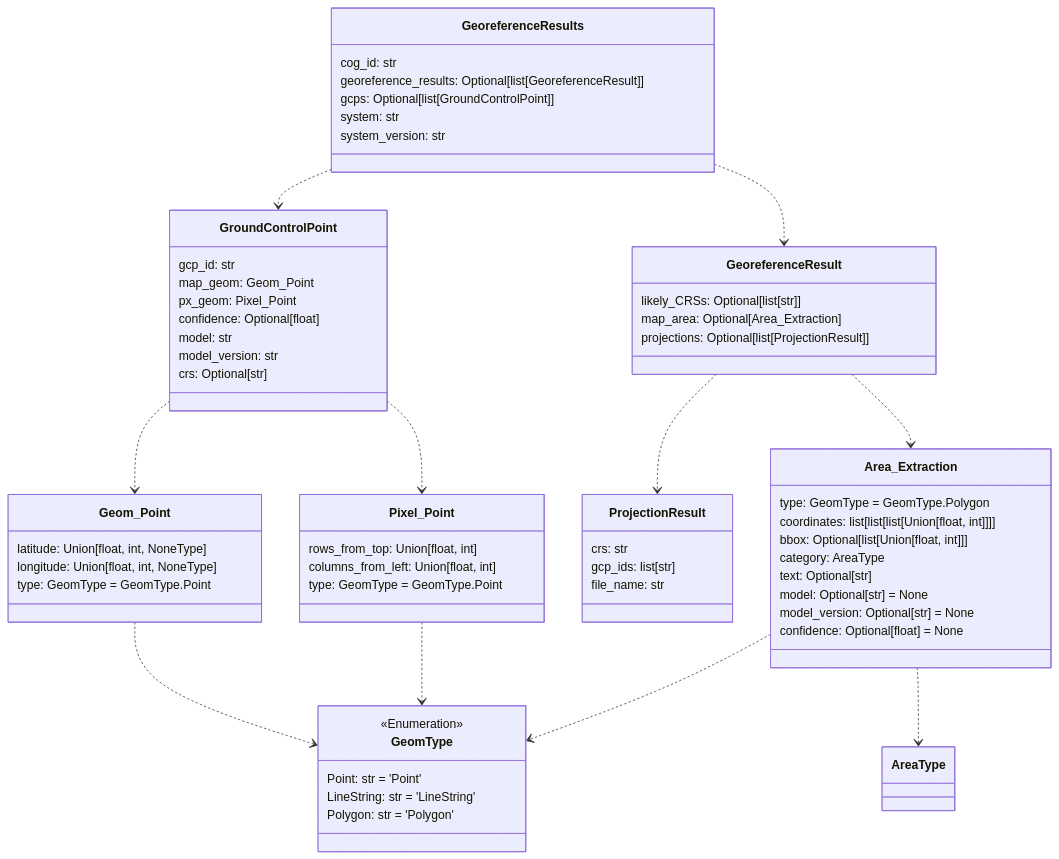
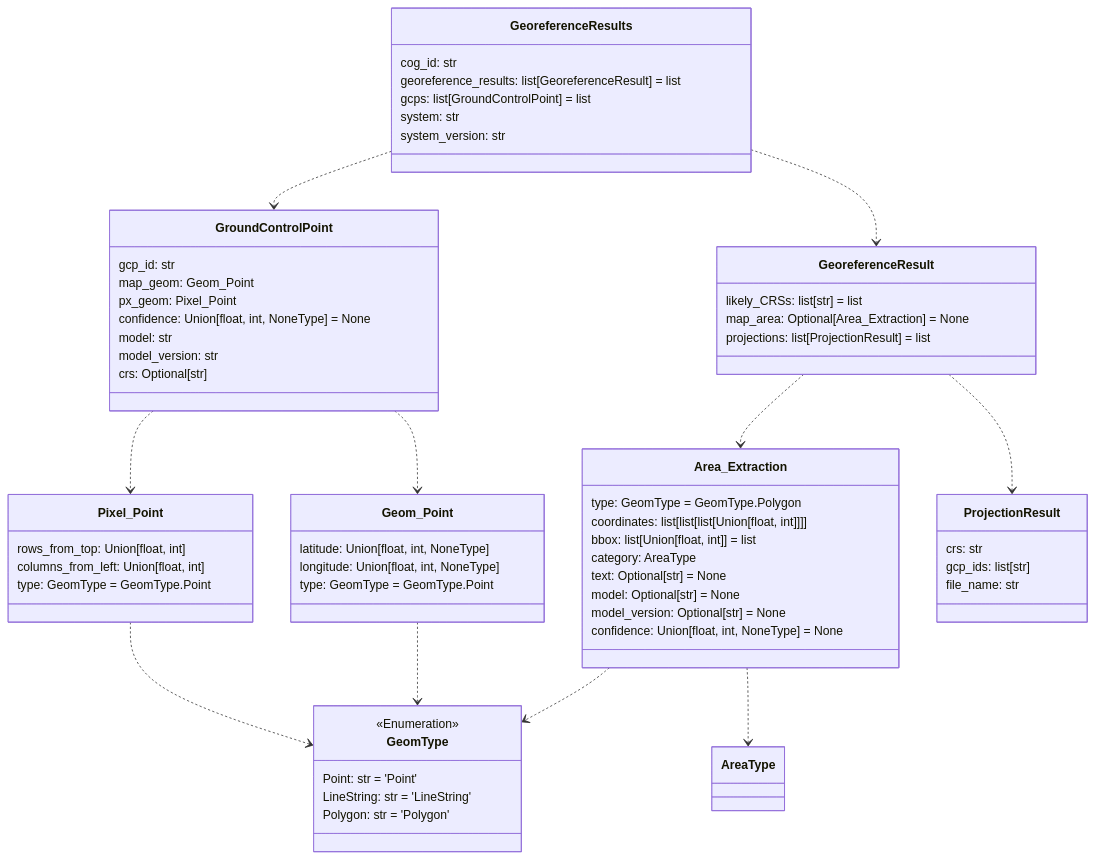
One commit to DARPA-CRITICALMAAS/cdr_schemas changed the second of 12 diagrams in README.md. Above: the diagram before and after it, drawn with Mermaid. The commit also changed other lines of this file and 20 other files, not shown here.

````diff
--- a/README.md
+++ b/README.md
@@ -113,76 +113,76 @@
 ```mermaid
 classDiagram
-
-    class Geom_Point {
-        latitude: Union[float, int, NoneType]
-        longitude: Union[float, int, NoneType]
-        type: GeomType = GeomType.Point
-    }
 
     class Pixel_Point {
         rows_from_top: Union[float, int]
         columns_from_left: Union[float, int]
         type: GeomType = GeomType.Point
     }
 
-    class Area_Extraction {
-        type: GeomType = GeomType.Polygon
-        coordinates: list[list[list[Union[float, int]]]]
-        bbox: Optional[list[Union[float, int]]]
-        category: AreaType
-        text: Optional[str]
-        model: Optional[str] = None
-        model_version: Optional[str] = None
-        confidence: Optional[float] = None
-    }
-
-    class GeoreferenceResults {
-        cog_id: str
-        georeference_results: Optional[list[GeoreferenceResult]]
-        gcps: Optional[list[GroundControlPoint]]
-        system: str
-        system_version: str
+    class GeoreferenceResult {
+        likely_CRSs: list[str] = list
+        map_area: Optional[Area_Extraction] = None
+        projections: list[ProjectionResult] = list
     }
 
     class ProjectionResult {
         crs: str
         gcp_ids: list[str]
         file_name: str
     }
 
-    class GeoreferenceResult {
-        likely_CRSs: Optional[list[str]]
-        map_area: Optional[Area_Extraction]
-        projections: Optional[list[ProjectionResult]]
+    class GroundControlPoint {
+        gcp_id: str
+        map_geom: Geom_Point
+        px_geom: Pixel_Point
+        confidence: Union[float, int, NoneType] = None
+        model: str
+        model_version: str
+        crs: Optional[str]
     }
 
     class GeomType {
         <<Enumeration>>
         Point: str = 'Point'
         LineString: str = 'LineString'
         Polygon: str = 'Polygon'
     }
 
-    class GroundControlPoint {
-        gcp_id: str
-        map_geom: Geom_Point
-        px_geom: Pixel_Point
-        confidence: Optional[float]
-        model: str
-        model_version: str
-        crs: Optional[str]
+    class Area_Extraction {
+        type: GeomType = GeomType.Polygon
+        coordinates: list[list[list[Union[float, int]]]]
+        bbox: list[Union[float, int]] = list
+        category: AreaType
+        text: Optional[str] = None
+        model: Optional[str] = None
+        model_version: Optional[str] = None
+        confidence: Union[float, int, NoneType] = None
+    }
+
+    class Geom_Point {
+        latitude: Union[float, int, NoneType]
+        longitude: Union[float, int, NoneType]
+        type: GeomType = GeomType.Point
+    }
+
+    class GeoreferenceResults {
+        cog_id: str
+        georeference_results: list[GeoreferenceResult] = list
+        gcps: list[GroundControlPoint] = list
+        system: str
+        system_version: str
     }
 
     Area_Extraction ..> GeomType
     Area_Extraction ..> AreaType
     Geom_Point ..> GeomType
     Pixel_Point ..> GeomType
+    GroundControlPoint ..> Pixel_Point
     GroundControlPoint ..> Geom_Point
-    GroundControlPoint ..> Pixel_Point
+    GeoreferenceResult ..> Area_Extraction
     GeoreferenceResult ..> ProjectionResult
-    GeoreferenceResult ..> Area_Extraction
     GeoreferenceResults ..> GroundControlPoint
     GeoreferenceResults ..> GeoreferenceResult
 
 
 ```
````
